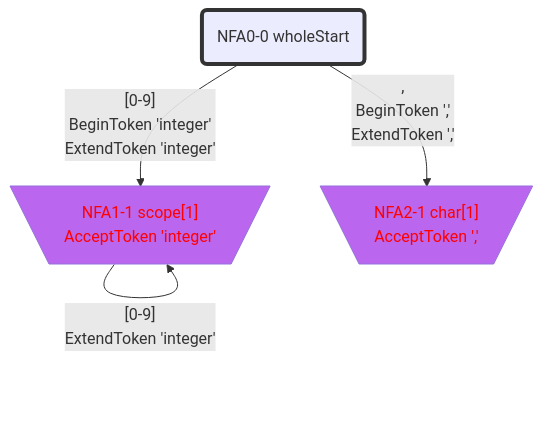
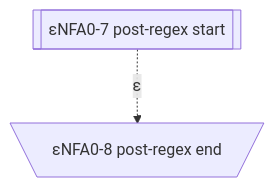
Before and after one commit to bitzhuwei/GrammarMentor: the eighth of 15 diagrams in Practices/Practice.GeneratedXxxFormat.Test/GeneratedInts2/LexicalAnalyzer/README.gen.md, drawn with Mermaid. The commit also changed other lines of this file and 3868 other files, not shown here.

````diff
--- a/Practices/Practice.GeneratedXxxFormat.Test/GeneratedInts2/LexicalAnalyzer/README.gen.md
+++ b/Practices/Practice.GeneratedXxxFormat.Test/GeneratedInts2/LexicalAnalyzer/README.gen.md
@@ -322,35 +245,21 @@
 ```Mermaid
 flowchart
 classDef c0001 color:#FF0000;
 classDef c0010 stroke-dasharray: 10 10;
 classDef c0011 stroke-dasharray: 10 10,color:#FF0000;
 classDef c0100 fill:#BB66EE;
 classDef c0101 fill:#BB66EE,color:#FF0000;
 classDef c0110 fill:#BB66EE,stroke-dasharray: 10 10;
 classDef c0111 fill:#BB66EE,stroke-dasharray: 10 10,color:#FF0000;
 classDef c1000 stroke:#333,stroke-width:4px;
 classDef c1001 stroke:#333,stroke-width:4px,color:#FF0000;
 classDef c1010 stroke:#333,stroke-width:4px,stroke-dasharray: 10 10;
 classDef c1011 stroke:#333,stroke-width:4px,stroke-dasharray: 10 10,color:#FF0000;
 classDef c1100 stroke:#333,stroke-width:4px,fill:#BB66EE;
 classDef c1101 stroke:#333,stroke-width:4px,fill:#BB66EE,color:#FF0000;
 classDef c1110 stroke:#333,stroke-width:4px,fill:#BB66EE,stroke-dasharray: 10 10;
 classDef c1111 stroke:#333,stroke-width:4px,fill:#BB66EE,stroke-dasharray: 10 10,color:#FF0000;
-NFA0_0_30399051("NFA0-0 wholeStart")
-class NFA0_0_30399051 c1000;
-NFA1_1_55573455[\"NFA1-1 scope[1]
-AcceptToken 'integer'"/]
-class NFA1_1_55573455 c0101;
-NFA2_1_5156011[\"NFA2-1 char[1]
-AcceptToken ','"/]
-class NFA2_1_5156011 c0101;
-NFA0_0_30399051 -->|"[0-9]
-BeginToken 'integer'
-ExtendToken 'integer'"|NFA1_1_55573455
-NFA0_0_30399051 -->|",
-BeginToken ','
-ExtendToken ','"|NFA2_1_5156011
-NFA1_1_55573455 -->|"[0-9]
-ExtendToken 'integer'"|NFA1_1_55573455
-
+eNFA0_7_25110514[["εNFA0-7 post-regex start"]]
+eNFA0_8_24668042[\"εNFA0-8 post-regex end"/]
+eNFA0_7_25110514 -.->|"ε"|eNFA0_8_24668042
 ```
````
